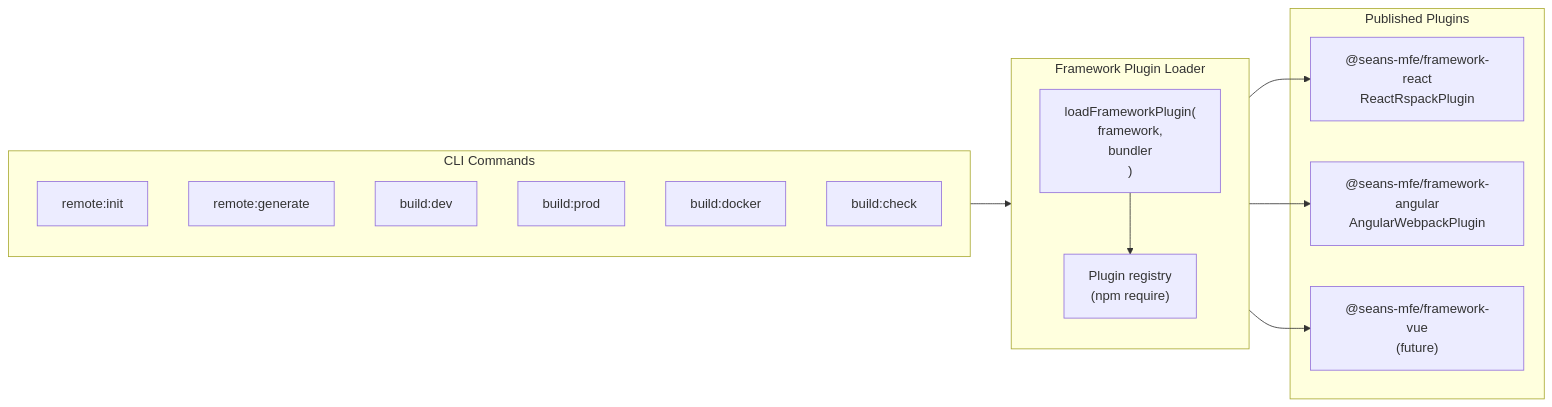
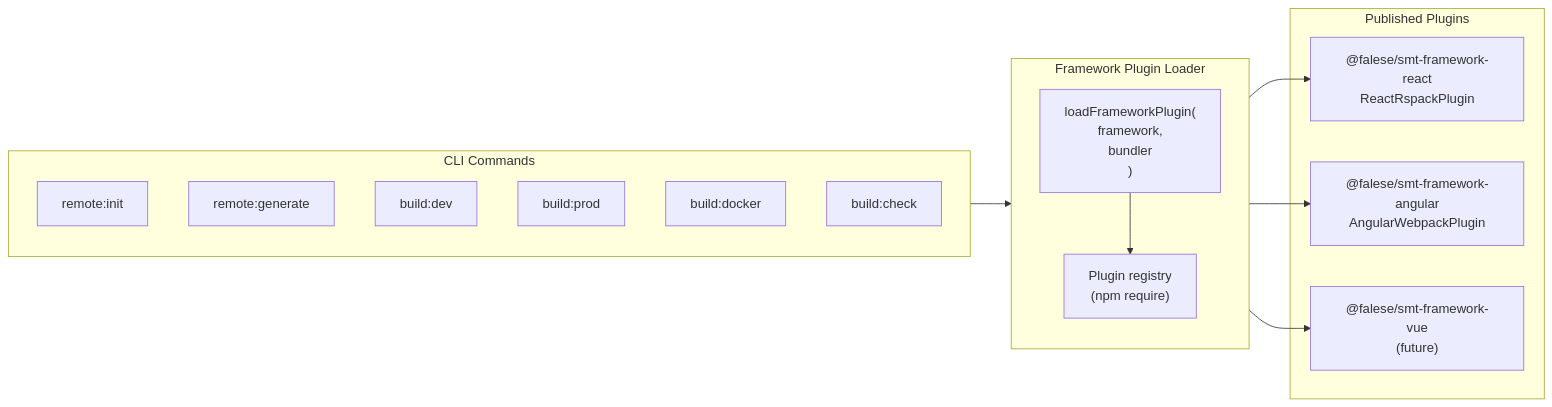
Diagram 19 of 24 in docs/architecture-whitepaper.md (falese/seans-mfe-tool), drawn with Mermaid before and after one commit. The commit also changed other lines of this file and 427 other files, not shown here.

First line of the commit message:
refactor!: rename platform packages to @falese/smt-* (ADR-083)

````diff
--- a/docs/architecture-whitepaper.md
+++ b/docs/architecture-whitepaper.md
@@ -783,28 +783,28 @@
 ```mermaid
 flowchart LR
     subgraph LOADER["Framework Plugin Loader"]
         L["loadFrameworkPlugin(\n  framework,\n  bundler\n)"]
         REG["Plugin registry\n(npm require)"]
         L --> REG
     end
 
     subgraph COMMANDS["CLI Commands"]
         INIT["remote:init"]
         GEN["remote:generate"]
         DEV["build:dev"]
         PROD["build:prod"]
         DOCKER["build:docker"]
         CHECK["build:check"]
     end
 
     subgraph PLUGINS["Published Plugins"]
-        REACT["@seans-mfe/framework-react\nReactRspackPlugin"]
-        ANG["@seans-mfe/framework-angular\nAngularWebpackPlugin"]
-        FUTURE["@seans-mfe/framework-vue\n(future)"]
+        REACT["@falese/smt-framework-react\nReactRspackPlugin"]
+        ANG["@falese/smt-framework-angular\nAngularWebpackPlugin"]
+        FUTURE["@falese/smt-framework-vue\n(future)"]
     end
 
     COMMANDS --> LOADER
     LOADER --> REACT
     LOADER --> ANG
     LOADER --> FUTURE
 ```
````
